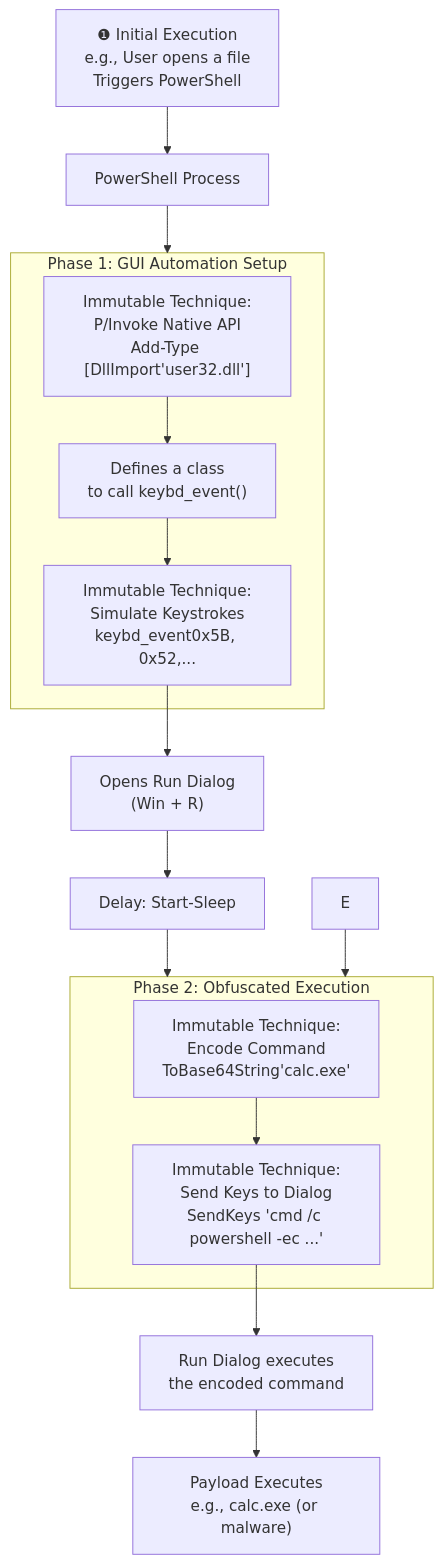
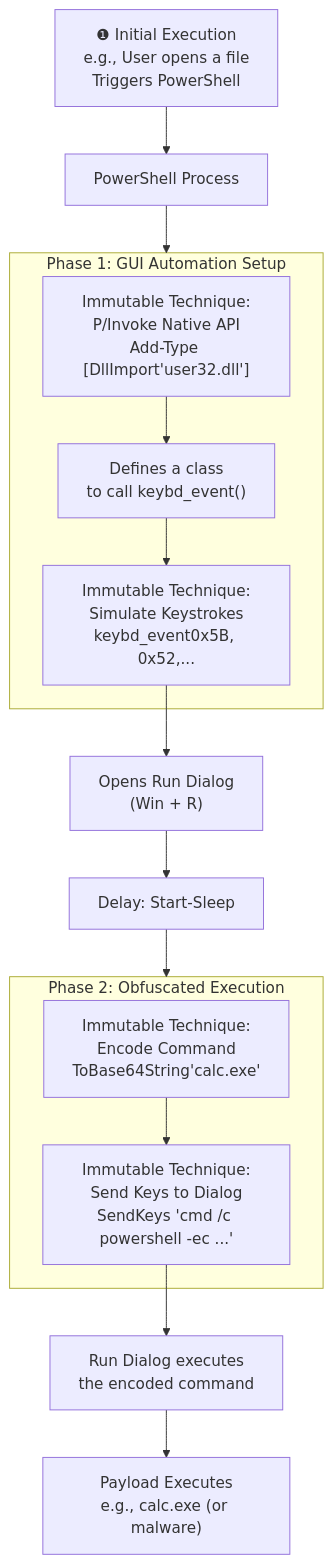
The diagram in Reports/Techniques/T1566.002.md (khaireddinechebbi/APTs-Detection-Framework), drawn with Mermaid before and after one commit.

Commit message:
Report Update

````diff
--- a/Reports/Techniques/T1566.002.md
+++ b/Reports/Techniques/T1566.002.md
@@ -17,22 +17,21 @@
 ```mermaid
 flowchart TD
 A["❶ Initial Execution<br>e.g., User opens a file<br>Triggers PowerShell"] --> B["PowerShell Process"];
 
 subgraph B1[Phase 1: GUI Automation Setup]
     B2["Immutable Technique:<br>P/Invoke Native API<br>Add-Type [DllImport'user32.dll']"] --> B3["Defines a class<br>to call keybd_event()"];
     B3 --> B4["Immutable Technique:<br>Simulate Keystrokes<br>keybd_event0x5B, 0x52,..."];
 end
 
 B --> B1;
 B4 --> C["Opens Run Dialog<br>(Win + R)"];
 C --> D["Delay: Start-Sleep"];
 D --> E1;
 
 subgraph E1[Phase 2: Obfuscated Execution]
     E2["Immutable Technique:<br>Encode Command<br>ToBase64String'calc.exe'"] --> E3["Immutable Technique:<br>Send Keys to Dialog<br>SendKeys 'cmd /c powershell -ec ...'"];
 end
 
-E --> E1;
 E3 --> F["Run Dialog executes<br>the encoded command"];
 F --> G["Payload Executes<br>e.g., calc.exe (or malware)"];
 ```
````
